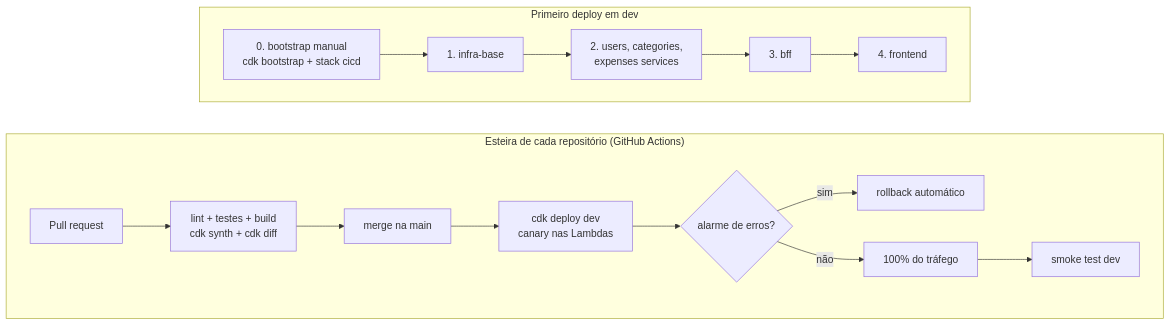
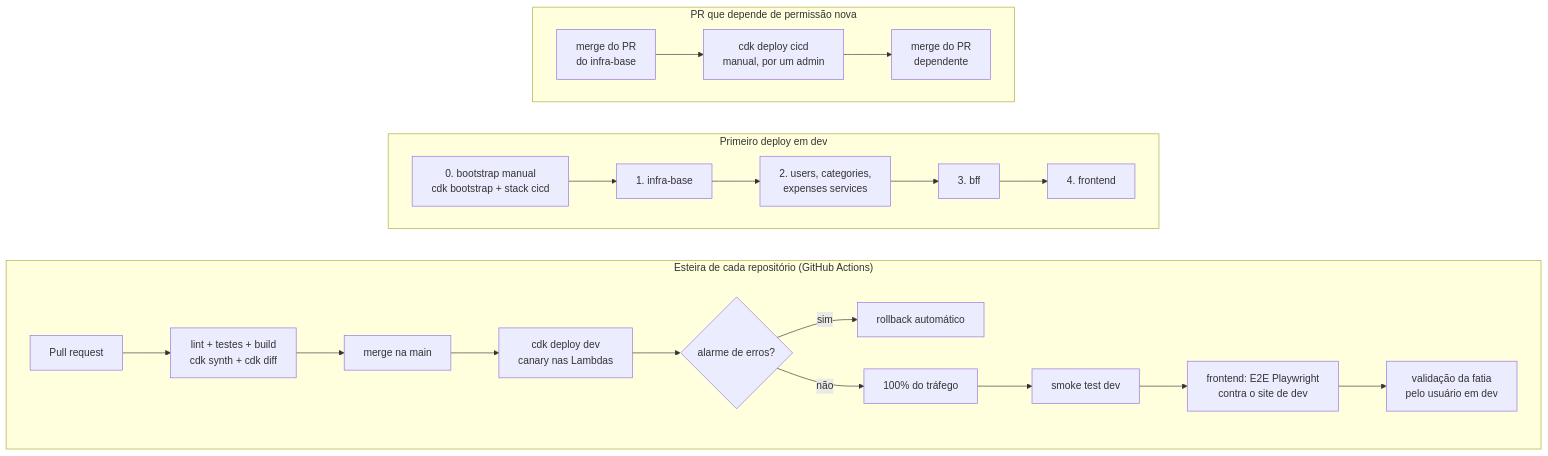
One commit to Rossete-Inc/gestor-gastos-infra-base changed diagram 12 of 13 in docs/diagramas.md. Above: the diagram before and after it, drawn with Mermaid. The commit also changed other lines of this file and 4 other files, not shown here.

Commit message:
docs: ADR 0008 (execução local e entrega em fatias) e plano/diagramas atualizados (#30)

````diff
--- a/docs/diagramas.md
+++ b/docs/diagramas.md
@@ -369,21 +369,29 @@
 ```mermaid
 flowchart LR
     subgraph pipeline["Esteira de cada repositório (GitHub Actions)"]
         direction LR
         pr["Pull request"] --> checks["lint + testes + build<br/>cdk synth + cdk diff"]
         checks --> merge["merge na main"]
         merge --> dev["cdk deploy dev<br/>canary nas Lambdas"]
         dev --> alarme{"alarme de erros?"}
         alarme -- "sim" --> rollback["rollback automático"]
         alarme -- "não" --> ok["100% do tráfego"]
         ok --> smoke["smoke test dev"]
+        smoke --> e2e["frontend: E2E Playwright<br/>contra o site de dev"]
+        e2e --> validacao["validação da fatia<br/>pelo usuário em dev"]
     end
 
     subgraph ordem["Primeiro deploy em dev"]
         direction LR
         o0["0. bootstrap manual<br/>cdk bootstrap + stack cicd"] --> o1["1. infra-base"]
         o1 --> o2["2. users, categories,<br/>expenses services"]
         o2 --> o3["3. bff"]
         o3 --> o4["4. frontend"]
     end
+
+    subgraph permissao["PR que depende de permissão nova"]
+        direction LR
+        p1["merge do PR<br/>do infra-base"] --> p2["cdk deploy cicd<br/>manual, por um admin"]
+        p2 --> p3["merge do PR<br/>dependente"]
+    end
 ```
````
